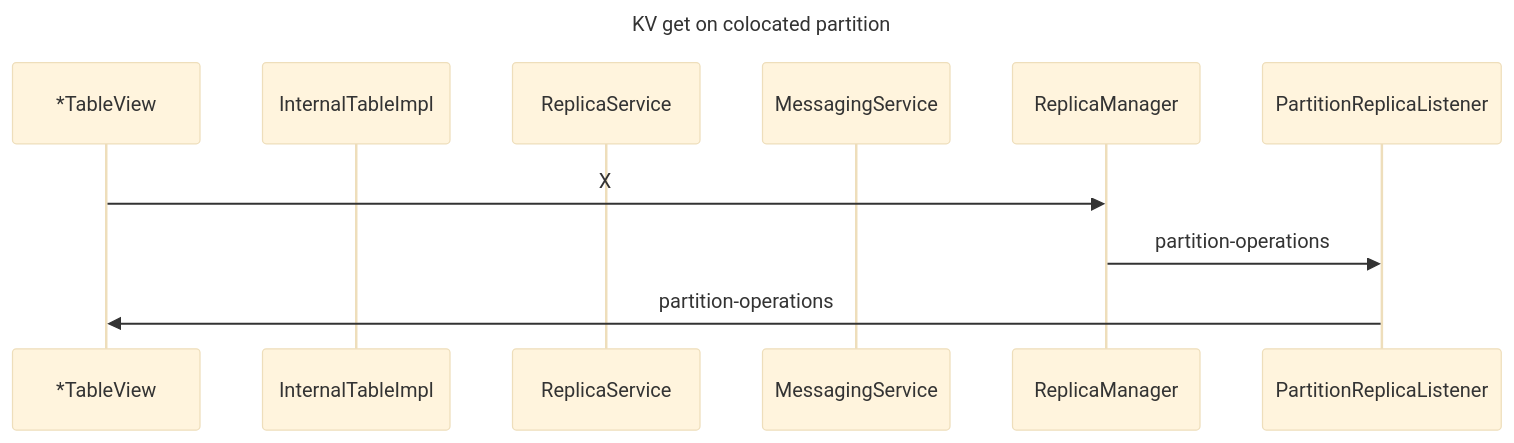
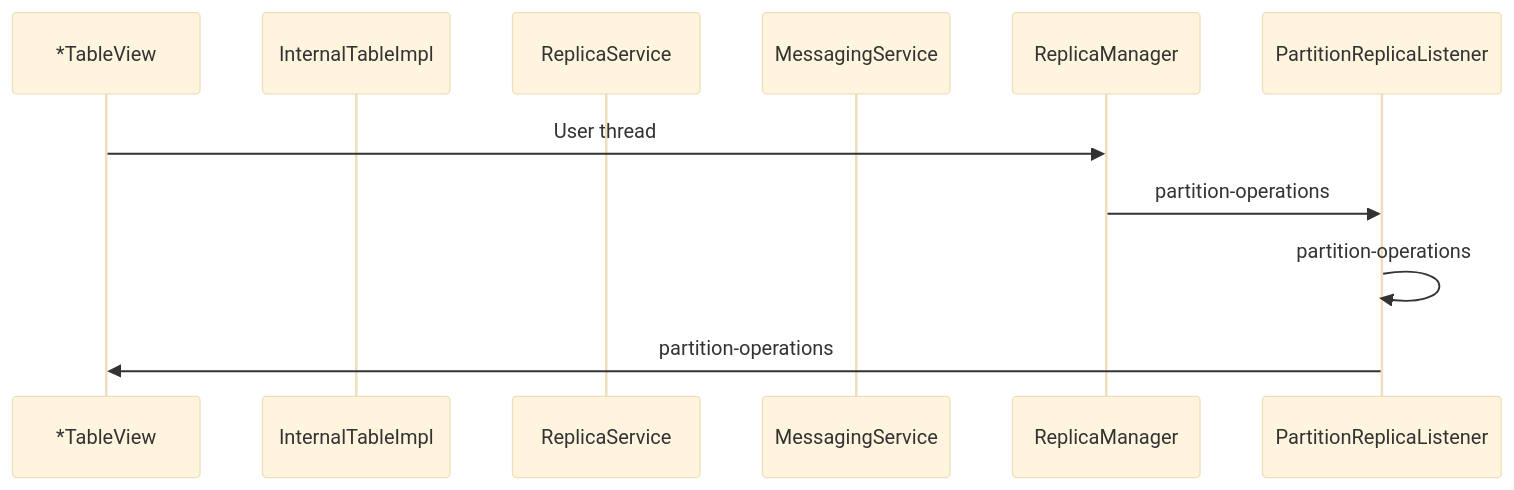
Before and after one commit to rpuch/mermaid-playground: the first of 2 diagrams in ignite3-threads.md, drawn with Mermaid (base theme). The commit also changed other lines of this file, not shown here.

````diff
--- a/ignite3-threads.md
+++ b/ignite3-threads.md
@@ -1,13 +7,14 @@
 ```mermaid
 sequenceDiagram
-title KV get on colocated partition
 participant View as *TableView
 participant InternalTableImpl
 participant ReplicaService
 participant MessagingService
 participant ReplicaManager
 participant PRL as PartitionReplicaListener
-View ->> ReplicaManager: X
+
+View ->> ReplicaManager: User thread
 ReplicaManager ->> PRL: partition-operations
+PRL ->> PRL: partition-operations
 PRL ->> View: partition-operations
 ```
````
